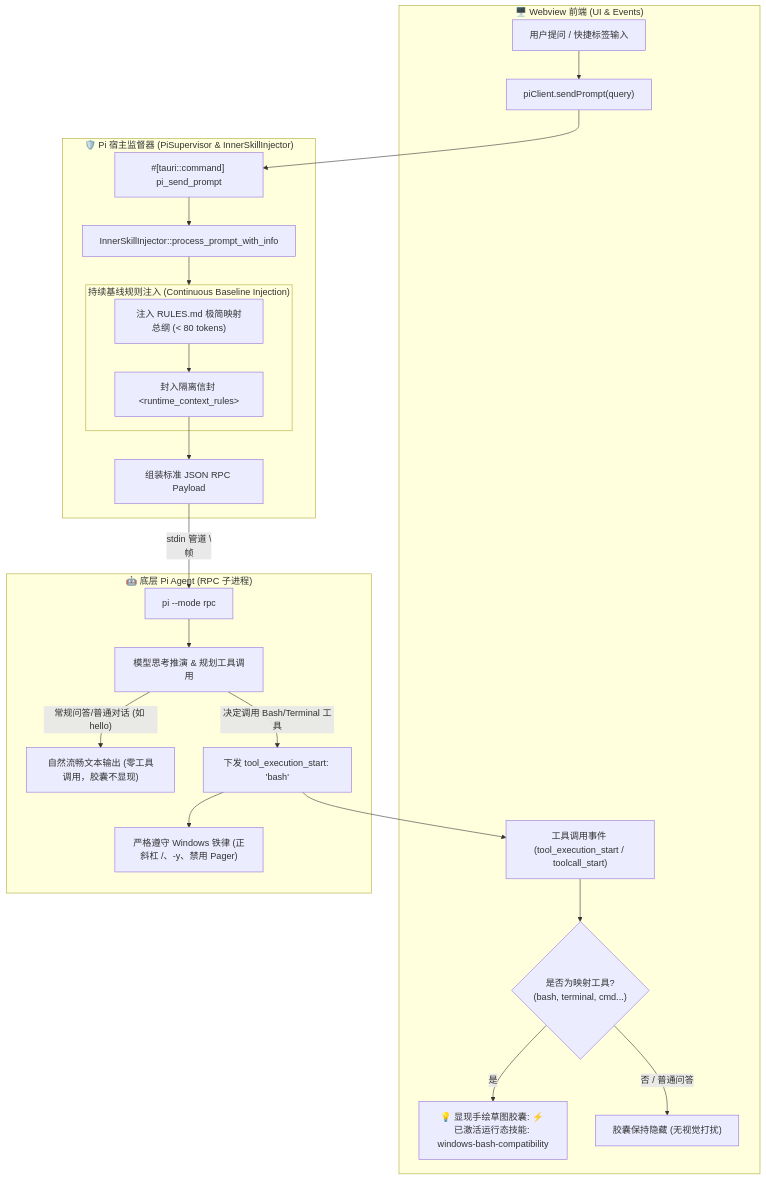
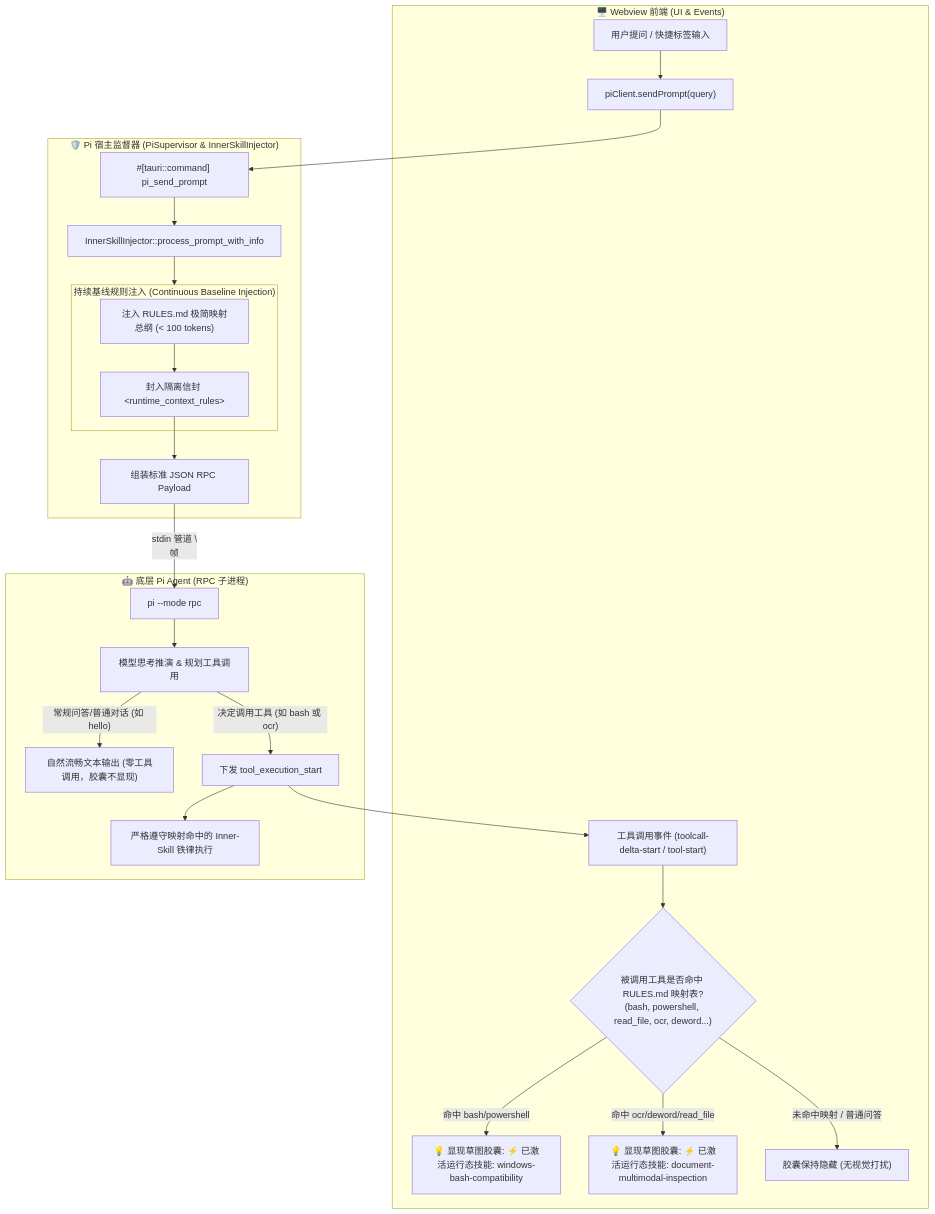
One commit to jiangyinluwei/pi-desktop-lite changed the diagram in .agents/skills/inner-skills-injection/SKILL.md. Above: the diagram before and after it, drawn with Mermaid. The commit also changed other lines of this file and 5 other files, not shown here.

Commit message:
feat: implement runtime inner-skills context injector to dynamically map tools to system directives based on markdown rules.

````diff
--- a/.agents/skills/inner-skills-injection/SKILL.md
+++ b/.agents/skills/inner-skills-injection/SKILL.md
@@ -36,32 +38,33 @@
 ```mermaid
 flowchart TD
     subgraph Frontend ["🖥️ Webview 前端 (UI & Events)"]
         UserInput["用户提问 / 快捷标签输入"] --> ClientSend["piClient.sendPrompt(query)"]
-        ToolEvent["工具调用事件 (tool_execution_start / toolcall_start)"] --> TriggerCapsule{"是否为映射工具?<br/>(bash, terminal, cmd...)"}
-        TriggerCapsule -- 是 --> CapsuleUI["💡 显现手绘草图胶囊: ⚡ 已激活运行态技能: windows-bash-compatibility"]
-        TriggerCapsule -- 否 / 普通问答 --> HideCapsule["胶囊保持隐藏 (无视觉打扰)"]
+        ToolEvent["工具调用事件 (toolcall-delta-start / tool-start)"] --> TriggerCapsule{"被调用工具是否命中 RULES.md 映射表?<br/>(bash, powershell, read_file, ocr, deword...)"}
+        TriggerCapsule -- 命中 bash/powershell --> CapsuleBash["💡 显现草图胶囊: ⚡ 已激活运行态技能: windows-bash-compatibility"]
+        TriggerCapsule -- 命中 ocr/deword/read_file --> CapsuleDoc["💡 显现草图胶囊: ⚡ 已激活运行态技能: document-multimodal-inspection"]
+        TriggerCapsule -- 未命中映射 / 普通问答 --> HideCapsule["胶囊保持隐藏 (无视觉打扰)"]
     end
 
     subgraph RustSupervisor ["🛡️ Pi 宿主监督器 (PiSupervisor & InnerSkillInjector)"]
         ClientSend --> CmdPrompt["#[tauri::command] pi_send_prompt"]
         CmdPrompt --> Injector["InnerSkillInjector::process_prompt_with_info"]
         
         subgraph Pipeline ["持续基线规则注入 (Continuous Baseline Injection)"]
-            InjectRules["注入 RULES.md 极简映射总纲 (< 80 tokens)"]
+            InjectRules["注入 RULES.md 极简映射总纲 (< 100 tokens)"]
             InjectRules --> Envelope["封入隔离信封 &lt;runtime_context_rules&gt;"]
         end
 
         Injector --> Pipeline
         Envelope --> FinalPrompt["组装标准 JSON RPC Payload"]
     end
     
     subgraph PiProcess ["🤖 底层 Pi Agent (RPC 子进程)"]
         FinalPrompt -->|stdin 管道 \\n 帧| PiEngine["pi --mode rpc"]
         PiEngine --> ModelThink["模型思考推演 & 规划工具调用"]
         
         ModelThink -- 常规问答/普通对话 (如 hello) --> CleanOutput["自然流畅文本输出 (零工具调用，胶囊不显现)"]
-        ModelThink -- 决定调用 Bash/Terminal 工具 --> DispatchTool["下发 tool_execution_start: 'bash'"]
+        ModelThink -- 决定调用工具 (如 bash 或 ocr) --> DispatchTool["下发 tool_execution_start"]
         DispatchTool --> ToolEvent
-        DispatchTool --> ToolStrict["严格遵守 Windows 铁律 (正斜杠 /、-y、禁用 Pager)"]
+        DispatchTool --> ToolStrict["严格遵守映射命中的 Inner-Skill 铁律执行"]
     end
 ```
````
